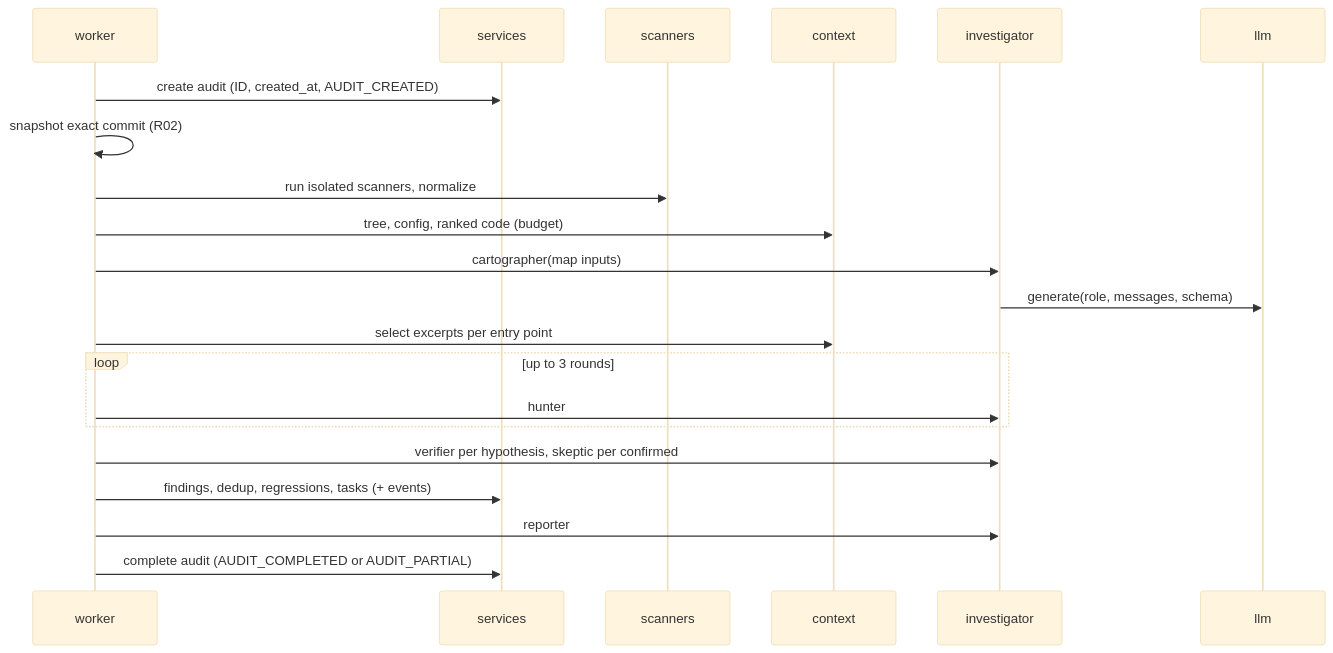
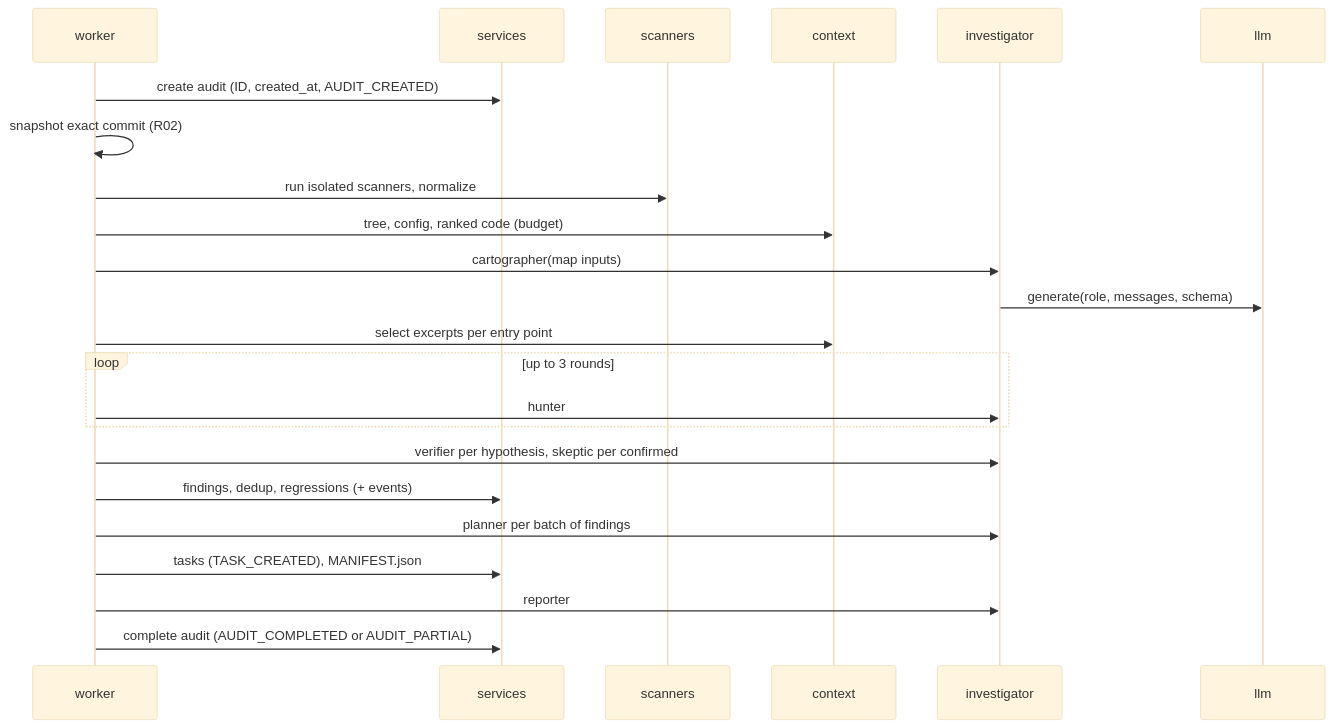
One commit to AlexandreZanata/OpenTatu changed the third of 4 diagrams in docs/ARCHITECTURE.md. Above: the diagram before and after it, drawn with Mermaid (base theme). The commit also changed other lines of this file and 92 other files, not shown here.

````diff
--- a/docs/ARCHITECTURE.md
+++ b/docs/ARCHITECTURE.md
@@ -130,23 +130,25 @@
 ```mermaid
 sequenceDiagram
   participant W as worker
   participant S as services
   participant SC as scanners
   participant C as context
   participant I as investigator
   participant L as llm
   W->>S: create audit (ID, created_at, AUDIT_CREATED)
   W->>W: snapshot exact commit (R02)
   W->>SC: run isolated scanners, normalize
   W->>C: tree, config, ranked code (budget)
   W->>I: cartographer(map inputs)
   I->>L: generate(role, messages, schema)
   W->>C: select excerpts per entry point
   loop up to 3 rounds
     W->>I: hunter
   end
   W->>I: verifier per hypothesis, skeptic per confirmed
-  W->>S: findings, dedup, regressions, tasks (+ events)
+  W->>S: findings, dedup, regressions (+ events)
+  W->>I: planner per batch of findings
+  W->>S: tasks (TASK_CREATED), MANIFEST.json
   W->>I: reporter
   W->>S: complete audit (AUDIT_COMPLETED or AUDIT_PARTIAL)
 ```
````
